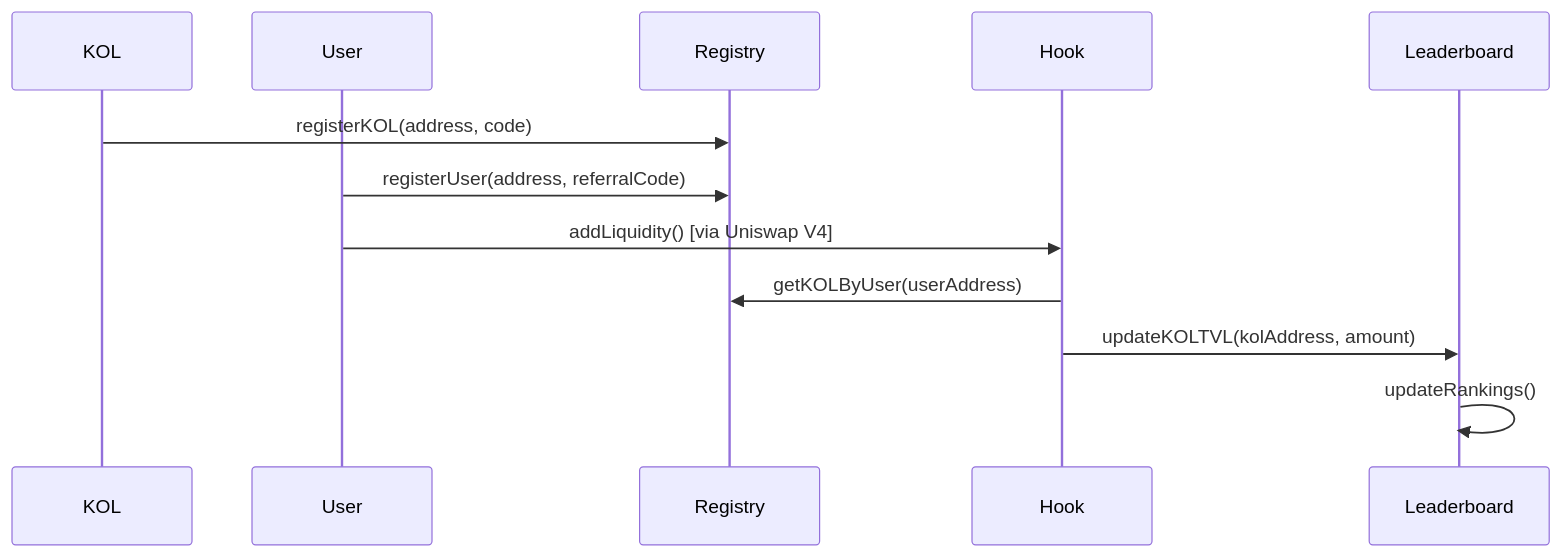
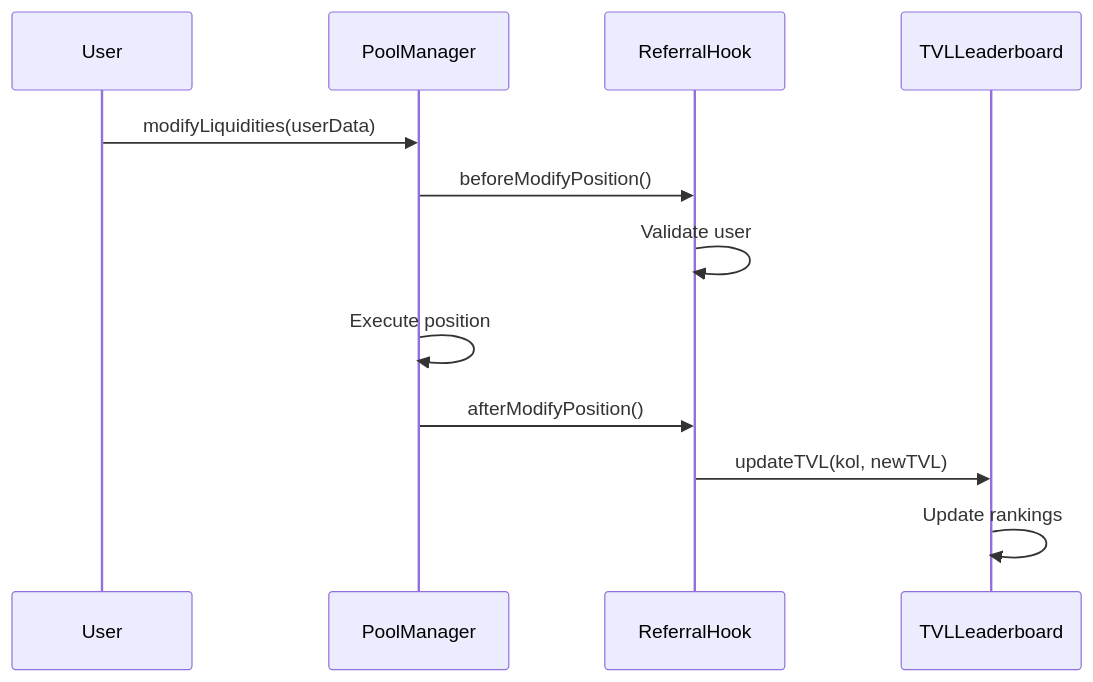
The third of 3 diagrams in kol-referral-system/README.md (claucondor/uniswap-kol-hook), drawn with Mermaid before and after one commit. The commit also changed other lines of this file and 3 other files, not shown here.

First line of the commit message:
Update README files for KOL Referral System, Backend API, and Frontend

````diff
--- a/kol-referral-system/README.md
+++ b/kol-referral-system/README.md
@@ -70,15 +149,15 @@
 ```mermaid
 sequenceDiagram
-    participant KOL
-    participant User
-    participant Registry
-    participant Hook
-    participant Leaderboard
+    participant U as User
+    participant PM as PoolManager
+    participant RH as ReferralHook
+    participant TL as TVLLeaderboard
     
-    KOL->>Registry: registerKOL(address, code)
-    User->>Registry: registerUser(address, referralCode)
-    User->>Hook: addLiquidity() [via Uniswap V4]
-    Hook->>Registry: getKOLByUser(userAddress)
-    Hook->>Leaderboard: updateKOLTVL(kolAddress, amount)
-    Leaderboard->>Leaderboard: updateRankings()
+    U->>PM: modifyLiquidities(userData)
+    PM->>RH: beforeModifyPosition()
+    RH->>RH: Validate user
+    PM->>PM: Execute position
+    PM->>RH: afterModifyPosition()
+    RH->>TL: updateTVL(kol, newTVL)
+    TL->>TL: Update rankings
 ```
````
